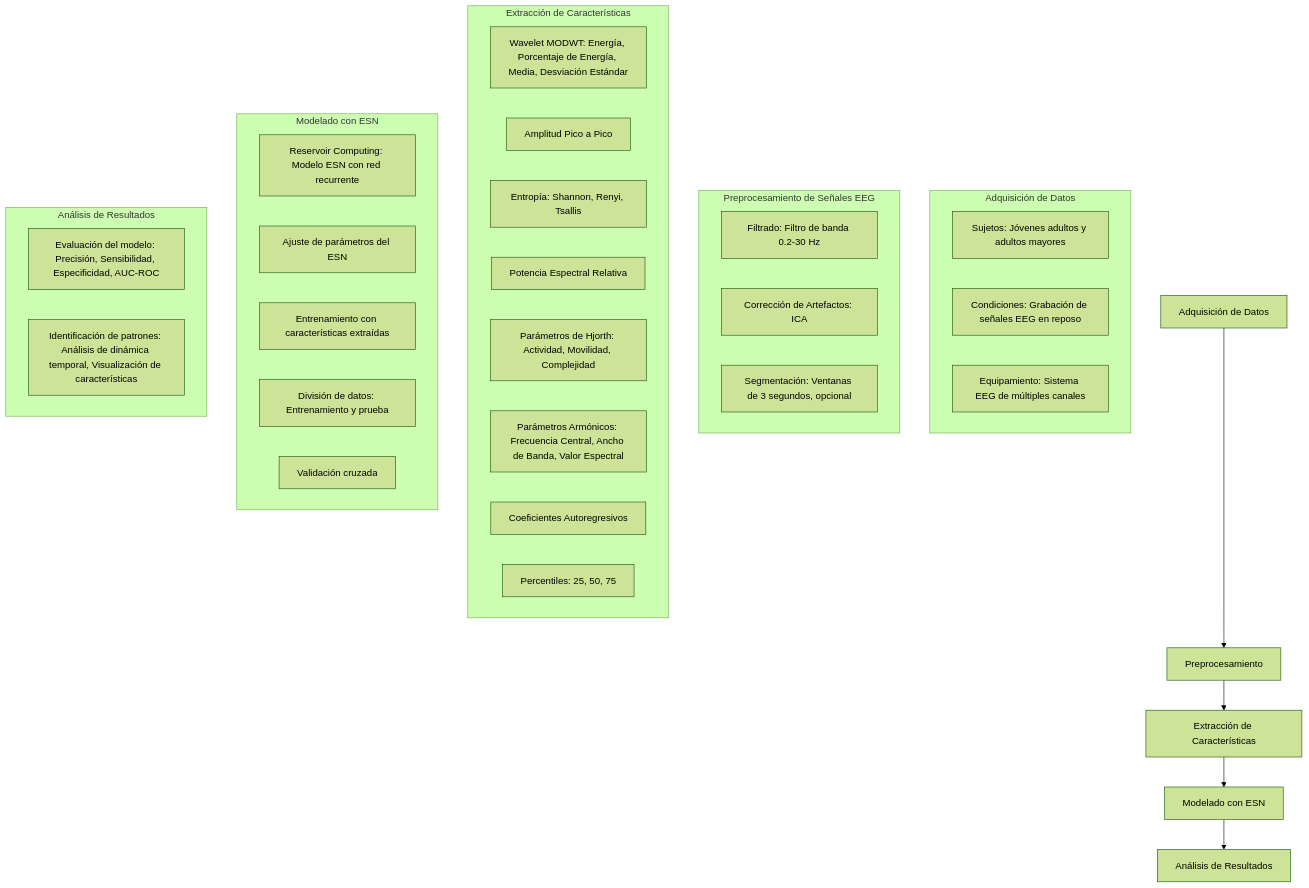
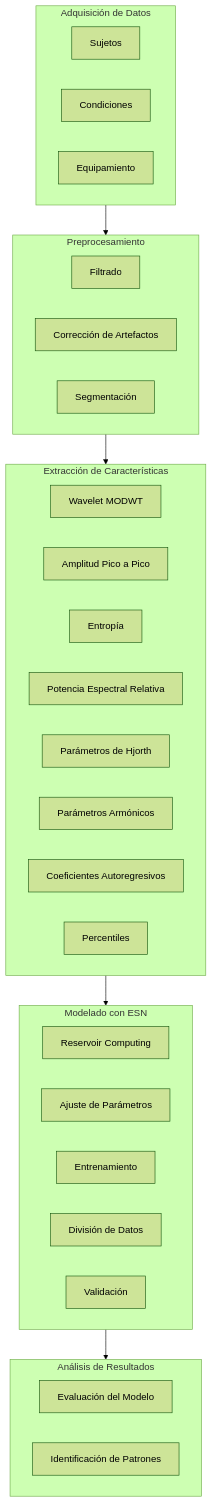
One commit to jogugil/MyRC changed the diagram in README.md. Above: the diagram before and after it, drawn with Mermaid (forest theme).

````diff
--- a/README.md
+++ b/README.md
@@ -51,43 +51,44 @@
 ```mermaid
 graph TD;
-    A[Adquisición de Datos] --> B[Preprocesamiento]
+A[Adquisición de Datos] --> B[Preprocesamiento]
     B --> C[Extracción de Características]
     C --> D[Modelado con ESN]
     D --> E[Análisis de Resultados]
 
-    subgraph "Adquisición de Datos"
-        A1[Sujetos: Jóvenes adultos y adultos mayores]
-        A2[Condiciones: Grabación de señales EEG en reposo]
-        A3[Equipamiento: Sistema EEG de múltiples canales]
+    subgraph A[Adquisición de Datos]
+        A1[Sujetos]
+        A2[Condiciones]
+        A3[Equipamiento]
     end
 
-    subgraph "Preprocesamiento de Señales EEG"
-        B1[Filtrado: Filtro de banda 0.2-30 Hz]
-        B2[Corrección de Artefactos: ICA]
-        B3[Segmentación: Ventanas de 3 segundos, opcional]
+    subgraph B[Preprocesamiento]
+        B1[Filtrado]
+        B2[Corrección de Artefactos]
+        B3[Segmentación]
     end
 
-    subgraph "Extracción de Características"
-        C1[Wavelet MODWT: Energía, Porcentaje de Energía, Media, Desviación Estándar]
+    subgraph C[Extracción de Características]
+        C1[Wavelet MODWT]
         C2[Amplitud Pico a Pico]
-        C3[Entropía: Shannon, Renyi, Tsallis]
+        C3[Entropía]
         C4[Potencia Espectral Relativa]
-        C5[Parámetros de Hjorth: Actividad, Movilidad, Complejidad]
-        C6[Parámetros Armónicos: Frecuencia Central, Ancho de Banda, Valor Espectral]
+        C5[Parámetros de Hjorth]
+        C6[Parámetros Armónicos]
         C7[Coeficientes Autoregresivos]
-        C8[Percentiles: 25, 50, 75]
+        C8[Percentiles]
     end
 
-    subgraph "Modelado con ESN"
-        D1[Reservoir Computing: Modelo ESN con red recurrente]
-        D2[Ajuste de parámetros del ESN]
-        D3[Entrenamiento con características extraídas]
-        D4[División de datos: Entrenamiento y prueba]
-        D5[Validación cruzada]
+    subgraph D[Modelado con ESN]
+        D1[Reservoir Computing]
+        D2[Ajuste de Parámetros]
+        D3[Entrenamiento]
+        D4[División de Datos]
+        D5[Validación]
     end
 
-    subgraph "Análisis de Resultados"
-        E1[Evaluación del modelo: Precisión, Sensibilidad, Especificidad, AUC-ROC]
-        E2[Identificación de patrones: Análisis de dinámica temporal, Visualización de características]
+    subgraph E[Análisis de Resultados]
+        E1[Evaluación del Modelo]
+        E2[Identificación de Patrones]
     end
+
 ```
````
